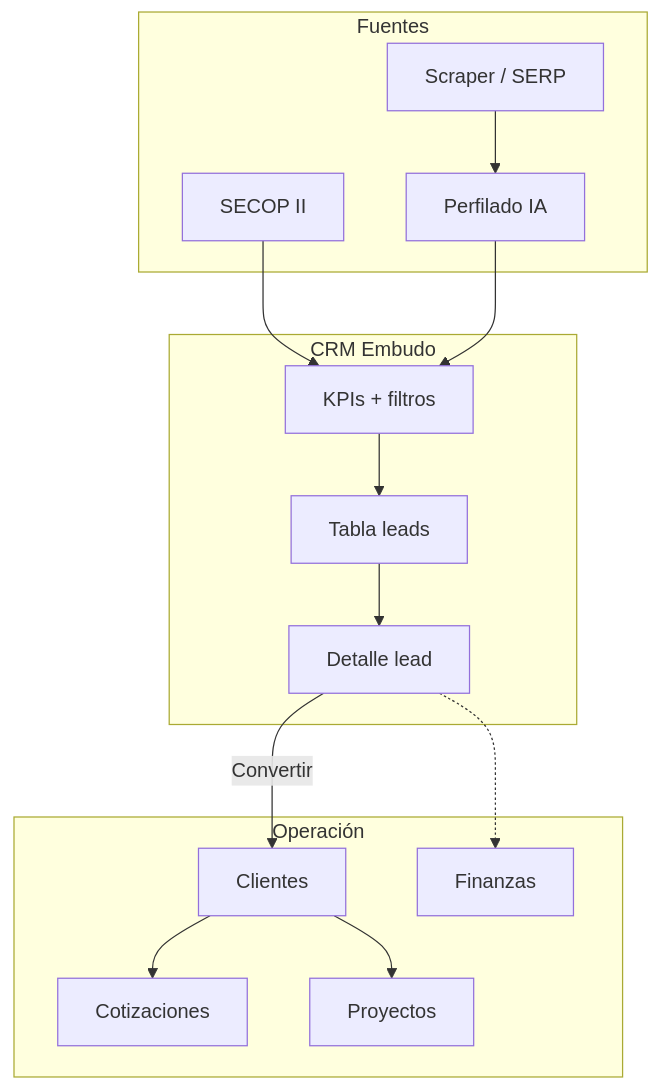
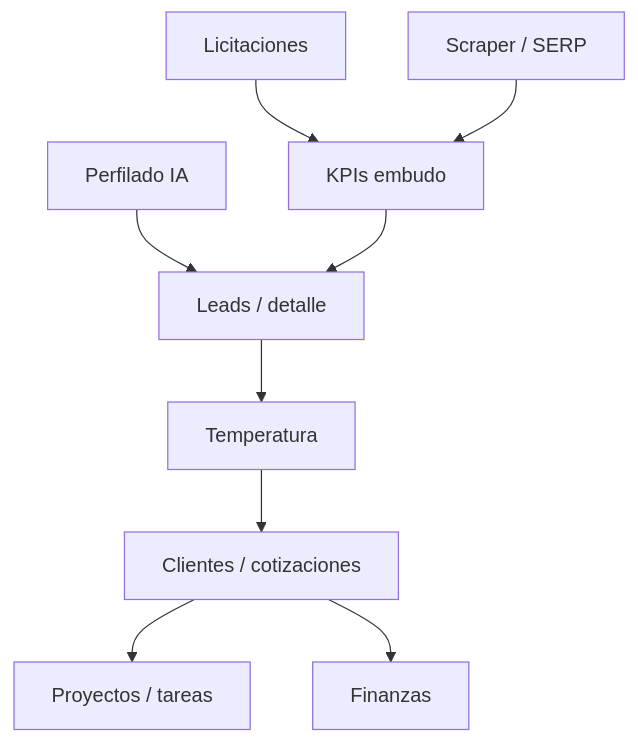
One commit to medellinwebsoluciones/web-ricardo changed the diagram in docs/portfolio-briefs/arch/crm-mws.mmd. Above: the diagram before and after it, drawn with Mermaid. The commit also changed other lines of this file and 45 other files, not shown here.

```diff
--- a/docs/portfolio-briefs/arch/crm-mws.mmd
+++ b/docs/portfolio-briefs/arch/crm-mws.mmd
@@ -1,47 +1,9 @@
 flowchart TB
-
-  subgraph sources [Fuentes]
-
-    SECOP[SECOP II]
-
-    Scraper[Scraper / SERP]
-
-    AI[Perfilado IA]
-
-  end
-
-  subgraph crm [CRM Embudo]
-
-    KPIs[KPIs + filtros]
-
-    Leads[Tabla leads]
-
-    Detail[Detalle lead]
-
-  end
-
-  subgraph ops [Operación]
-
-    Clients[Clientes]
-
-    Quotes[Cotizaciones]
-
-    Projects[Proyectos]
-
-    Finance[Finanzas]
-
-  end
-
-  SECOP --> KPIs
-
-  Scraper --> AI --> KPIs
-
-  KPIs --> Leads --> Detail
-
-  Detail -->|Convertir| Clients
-
-  Clients --> Quotes
-
-  Clients --> Projects
-
-  Detail -.-> Finance
+  Sec[Licitaciones] --> KPI[KPIs embudo]
+  Scr[Scraper / SERP] --> KPI
+  AI[Perfilado IA] --> Lead[Leads / detalle]
+  KPI --> Lead
+  Lead --> Temp[Temperatura]
+  Temp --> Cli[Clientes / cotizaciones]
+  Cli --> Prj[Proyectos / tareas]
+  Cli --> Fin[Finanzas]
```
